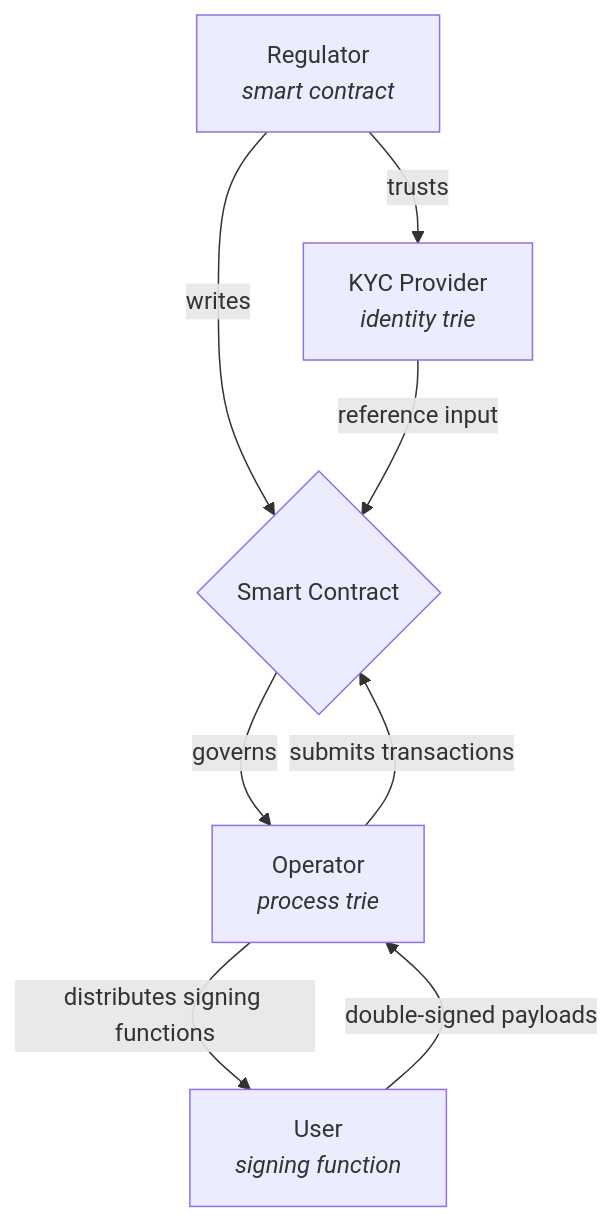
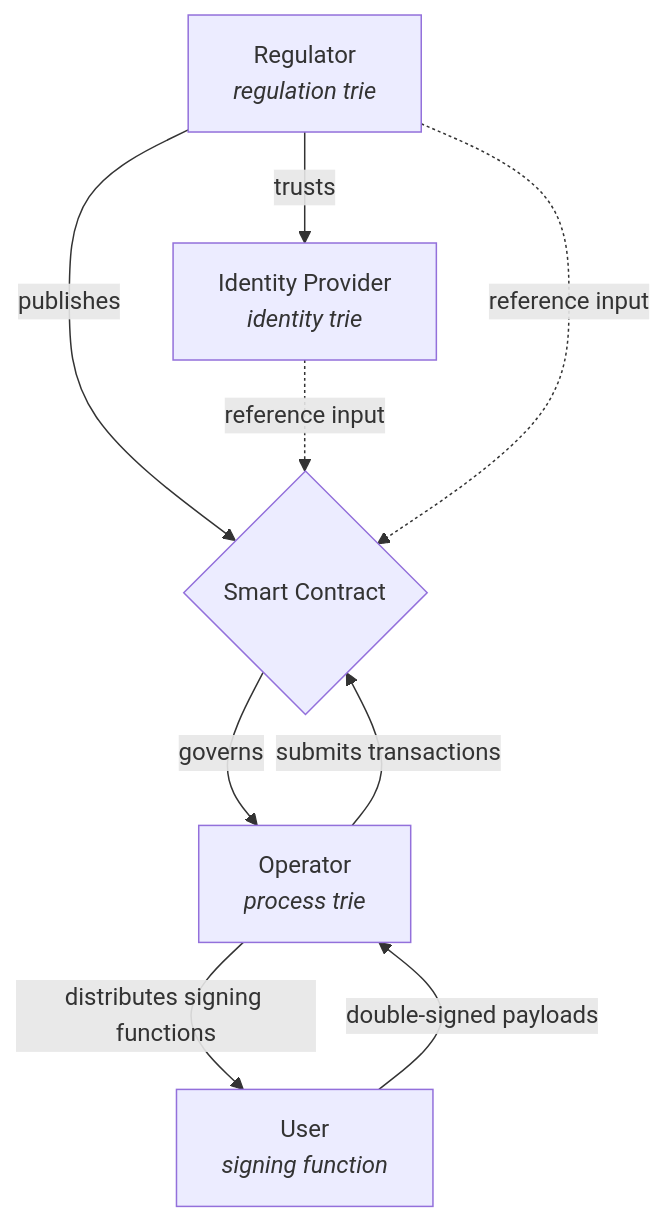
Before and after one commit to lambdasistemi/cardano-for-regulators: the first of 20 diagrams in docs/framework/schema.md, drawn with Mermaid. The commit also changed other lines of this file and 8 other files, not shown here.

First line of the commit message:
Fix mermaid HTML labels and deploy on every push (#5)

````diff
--- a/docs/framework/schema.md
+++ b/docs/framework/schema.md
@@ -11,15 +11,16 @@
 ```mermaid
 graph TB
-    KYC[KYC Provider<br/><i>identity trie</i>]
-    REG[Regulator<br/><i>smart contract</i>]
+    IDP[Identity Provider<br/><i>identity trie</i>]
+    REG[Regulator<br/><i>regulation trie</i>]
     OP[Operator<br/><i>process trie</i>]
     U[User<br/><i>signing function</i>]
 
-    REG -->|writes| SC{Smart Contract}
-    REG -->|trusts| KYC
+    REG -->|publishes| SC{Smart Contract}
+    REG -->|trusts| IDP
     SC -->|governs| OP
-    KYC -->|reference input| SC
+    IDP -.->|reference input| SC
+    REG -.->|reference input| SC
     OP -->|distributes signing functions| U
     U -->|double-signed payloads| OP
     OP -->|submits transactions| SC
 ```
````
